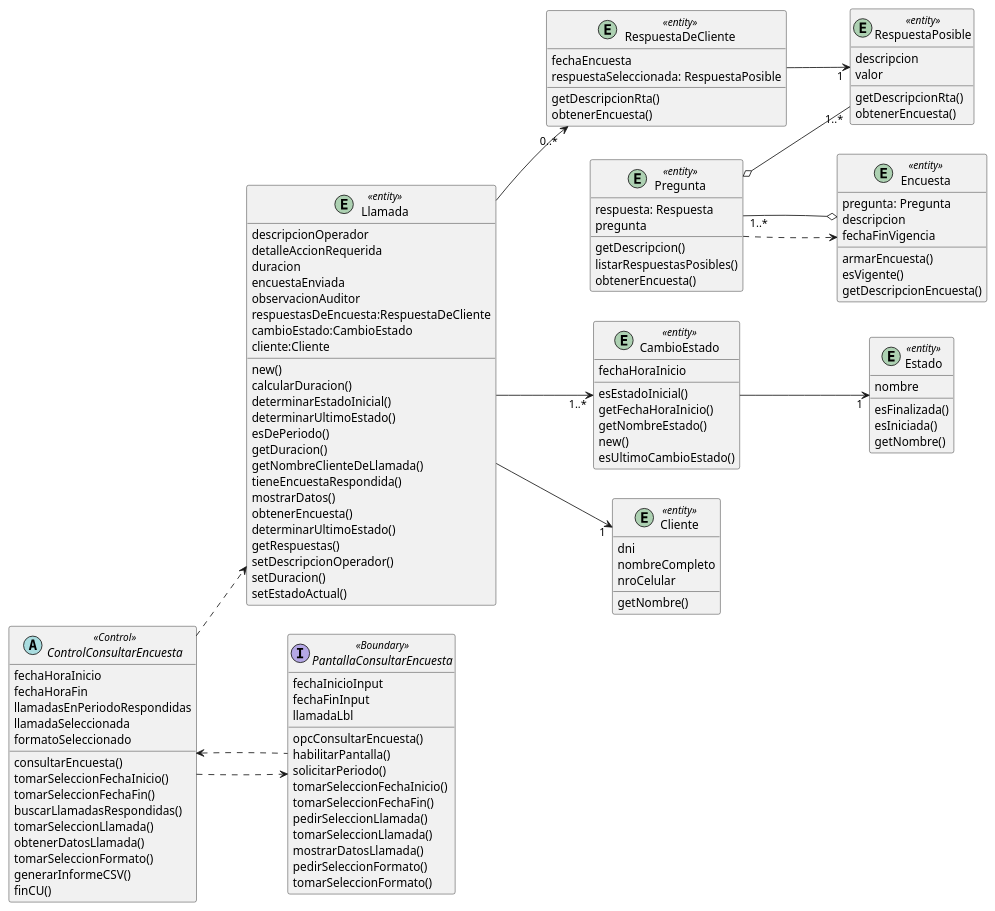
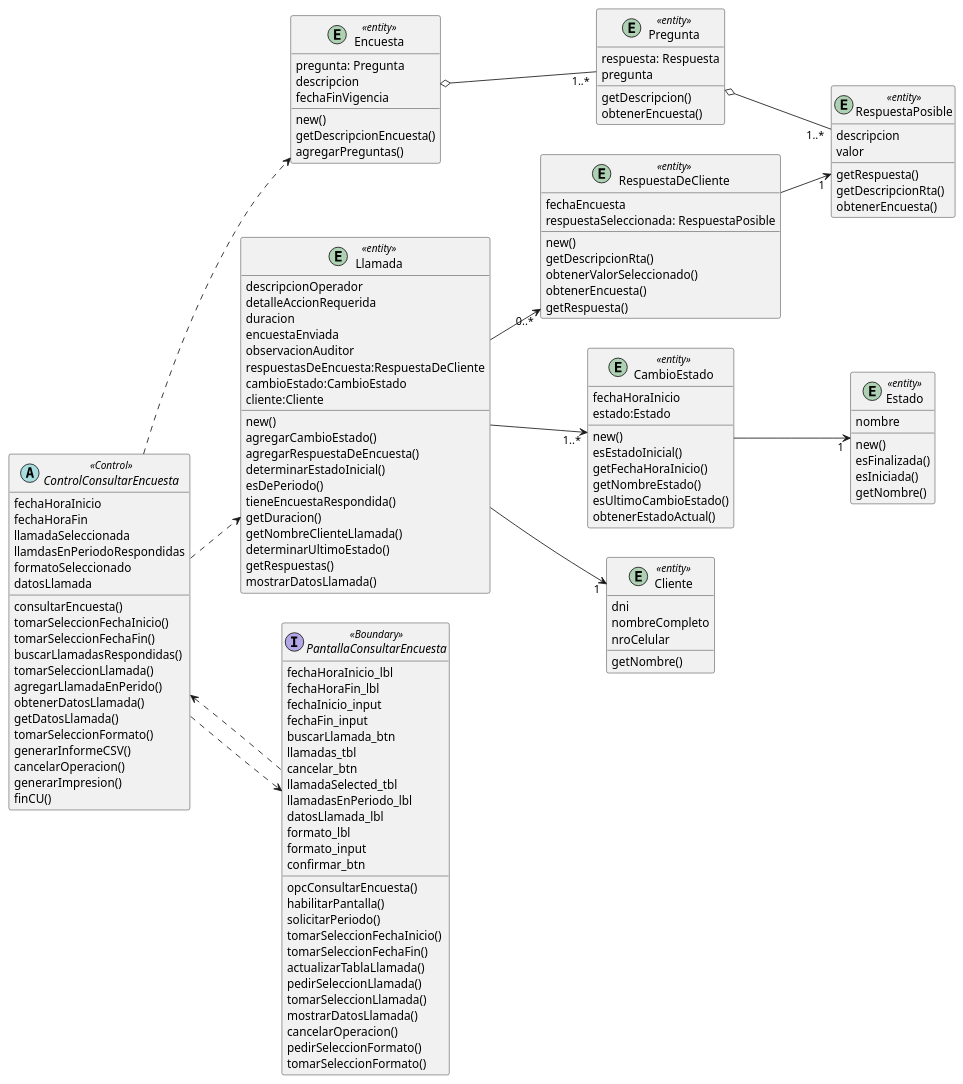
The diagram in PPAI/Sequence/cu44 classDiagram.puml (ReynaTeodoro/2023DSI), drawn with PlantUML before and after one commit. The commit also changed 6 other files, not shown here.

Commit message:
✨Diagrama de clases

```diff
--- a/PPAI/Sequence/cu44 classDiagram.puml
+++ b/PPAI/Sequence/cu44 classDiagram.puml
@@ -1,141 +1,166 @@
 @startuml
 left to right direction
+
 entity Llamada <<entity>>{
 descripcionOperador
 detalleAccionRequerida
 duracion
 encuestaEnviada
 observacionAuditor
 respuestasDeEncuesta:RespuestaDeCliente
 cambioEstado:CambioEstado
 cliente:Cliente
 
 new()
-calcularDuracion()
+agregarCambioEstado()
+agregarRespuestaDeEncuesta()
 determinarEstadoInicial()
-determinarUltimoEstado()
 esDePeriodo()
+tieneEncuestaRespondida()
 getDuracion()
-getNombreClienteDeLlamada()
-tieneEncuestaRespondida()
-mostrarDatos()
-obtenerEncuesta()
+getNombreClienteLlamada()
 determinarUltimoEstado()
 getRespuestas()
-setDescripcionOperador()
-setDuracion()
-setEstadoActual()
+mostrarDatosLlamada()
 
 }
 
 entity RespuestaDeCliente <<entity>>{
 fechaEncuesta
 respuestaSeleccionada: RespuestaPosible
 
+new()
+getDescripcionRta()
+obtenerValorSeleccionado()
+obtenerEncuesta()
+getRespuesta()
+}
+
+entity RespuestaPosible <<entity>>{
+descripcion
+valor
+getRespuesta()
 getDescripcionRta()
 obtenerEncuesta()
 }
-entity RespuestaPosible <<entity>>{
-descripcion
-valor
 
-getDescripcionRta()
-obtenerEncuesta()
-}
 entity Pregunta<<entity>>{
 respuesta: Respuesta
 pregunta
 
 getDescripcion()
-listarRespuestasPosibles()
 obtenerEncuesta()
 }
 
 entity Encuesta<<entity>>{
 pregunta: Pregunta
 descripcion
 fechaFinVigencia
 
-armarEncuesta()
-esVigente()
+new()
 getDescripcionEncuesta()
+agregarPreguntas()
 }
 
 entity CambioEstado <<entity>>{
 fechaHoraInicio
+estado:Estado
+
+new()
 esEstadoInicial()
 getFechaHoraInicio()
 getNombreEstado()
-new()
 esUltimoCambioEstado()
+obtenerEstadoActual()
 }
+
 entity Estado <<entity>>{
 nombre
 
+new()
 esFinalizada()
 esIniciada()
 getNombre()
 }
+
 entity Cliente <<entity>>{
 dni
 nombreCompleto
 nroCelular
 
-
 getNombre()
 }
+
 interface PantallaConsultarEncuesta<<Boundary>>{
-fechaInicioInput
-fechaFinInput
-llamadaLbl
+fechaHoraInicio_lbl
+fechaHoraFin_lbl
+fechaInicio_input
+fechaFin_input
+buscarLlamada_btn
+llamadas_tbl
+cancelar_btn
+llamadaSelected_tbl
+llamadasEnPeriodo_lbl
+datosLlamada_lbl
+formato_lbl
+formato_input
+confirmar_btn
+
 
 
 opcConsultarEncuesta()
 habilitarPantalla()
 solicitarPeriodo()
 tomarSeleccionFechaInicio()
 tomarSeleccionFechaFin()
+actualizarTablaLlamada()
 pedirSeleccionLlamada()
 tomarSeleccionLlamada()
 mostrarDatosLlamada()
+cancelarOperacion()
 pedirSeleccionFormato()
 tomarSeleccionFormato()
 }
 
 
 abstract ControlConsultarEncuesta<<Control>>{
 fechaHoraInicio
 fechaHoraFin
-llamadasEnPeriodoRespondidas
 llamadaSeleccionada
+llamdasEnPeriodoRespondidas
 formatoSeleccionado
+datosLlamada
 
 consultarEncuesta()
 tomarSeleccionFechaInicio()
 tomarSeleccionFechaFin()
 buscarLlamadasRespondidas()
 tomarSeleccionLlamada()
+agregarLlamadaEnPerido()
 obtenerDatosLlamada()
+getDatosLlamada()
 tomarSeleccionFormato()
 generarInformeCSV()
+cancelarOperacion()
+generarImpresion()
 finCU()
 }
 
 Llamada -->"0..*" RespuestaDeCliente
 RespuestaDeCliente -->"1" RespuestaPosible
 Encuesta o--"1..*" Pregunta 
 Pregunta o--"1..*" RespuestaPosible
 
 Llamada -->"1..*"CambioEstado
 CambioEstado-->"1"Estado
 
 Llamada -->"1"Cliente
 
 ControlConsultarEncuesta ..> PantallaConsultarEncuesta
 ControlConsultarEncuesta <.. PantallaConsultarEncuesta
 
 ControlConsultarEncuesta ..> Llamada
-Pregunta ..> Encuesta
+ControlConsultarEncuesta ..> Encuesta
 
 
 @enduml
```
